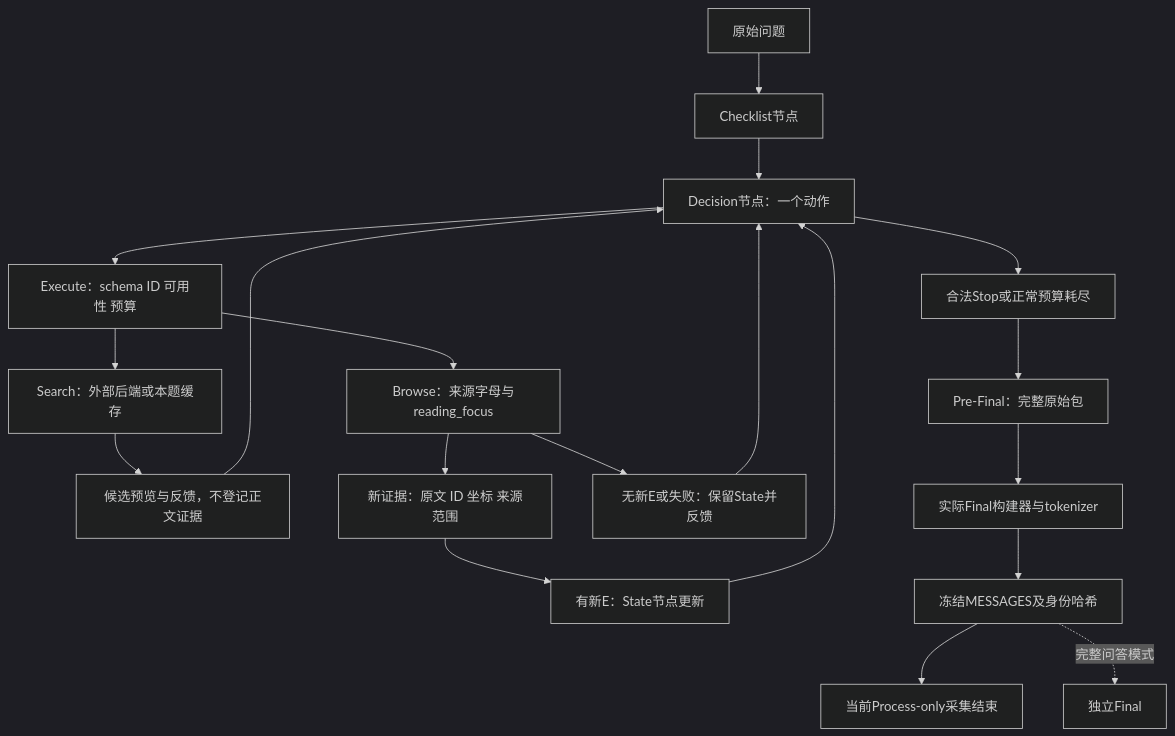
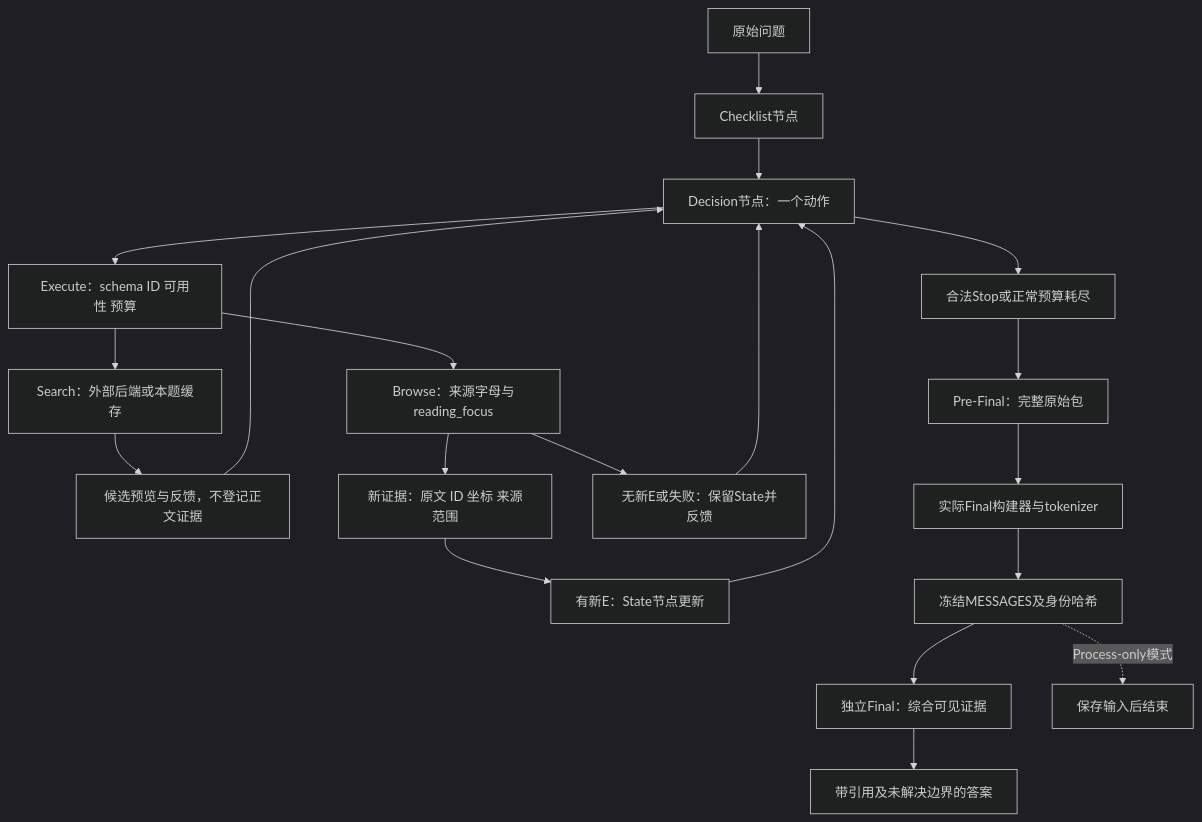
The diagram in docs/architecture.md (MaSunKing/medical-research-agent-grpo), drawn with Mermaid (dark theme) before and after one commit. The commit also changed other lines of this file and 34 other files, not shown here.

````diff
--- a/docs/architecture.md
+++ b/docs/architecture.md
@@ -9,21 +11,22 @@
 ```mermaid
 flowchart TB
     Q[原始问题] --> C[Checklist节点]
     C --> D[Decision节点：一个动作]
     D --> X[Execute：schema ID 可用性 预算]
     X --> S[Search：外部后端或本题缓存]
     S --> P[候选预览与反馈，不登记正文证据]
     P --> D
     X --> B[Browse：来源字母与reading_focus]
     B --> E[新证据：原文 ID 坐标 来源范围]
     E --> U[有新E：State节点更新]
     U --> D
     B --> N[无新E或失败：保留State并反馈]
     N --> D
     D --> Stop[合法Stop或正常预算耗尽]
     Stop --> Raw[Pre-Final：完整原始包]
     Raw --> Pack[实际Final构建器与tokenizer]
     Pack --> Frozen[冻结MESSAGES及身份哈希]
-    Frozen --> End[当前Process-only采集结束]
-    Frozen -. 完整问答模式 .-> F[独立Final]
+    Frozen --> F[独立Final：综合可见证据]
+    F --> Answer[带引用及未解决边界的答案]
+    Frozen -. Process-only模式 .-> End[保存输入后结束]
 ```
````
